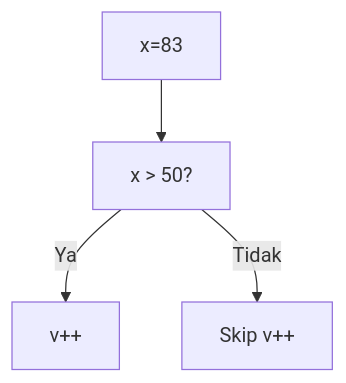
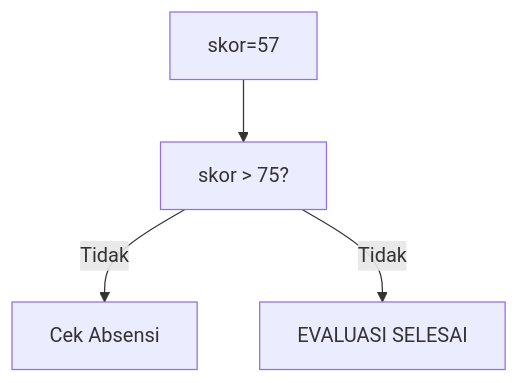
One commit to amnahwaida/OSNK_INF_PREP changed the sixth of 25 diagrams in part-c-pemahaman-cpp/02-percabangan/latihan/set-04.md. Above: the diagram before and after it, drawn with Mermaid. The commit also changed other lines of this file and 71 other files, not shown here.

````diff
--- a/part-c-pemahaman-cpp/02-percabangan/latihan/set-04.md
+++ b/part-c-pemahaman-cpp/02-percabangan/latihan/set-04.md
@@ -161,6 +168,6 @@
 ```mermaid
 graph TD
-A["x=83"] --> B["x > 50?"]
-B -- Ya --> C["v++"]
-B -- Tidak --> D["Skip v++"]
+A["skor=57"] --> B["skor > 75?"]
+B -- Tidak --> C["Cek Absensi"]
+B -- Tidak --> D["EVALUASI SELESAI"]
 ```
````
